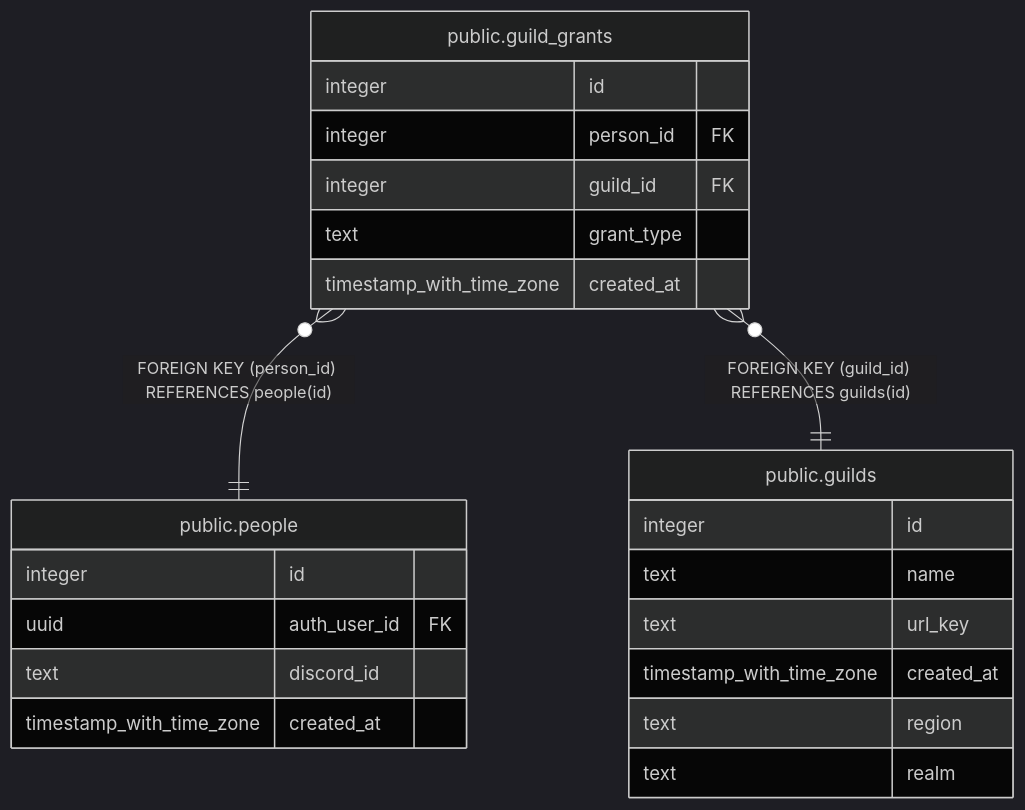
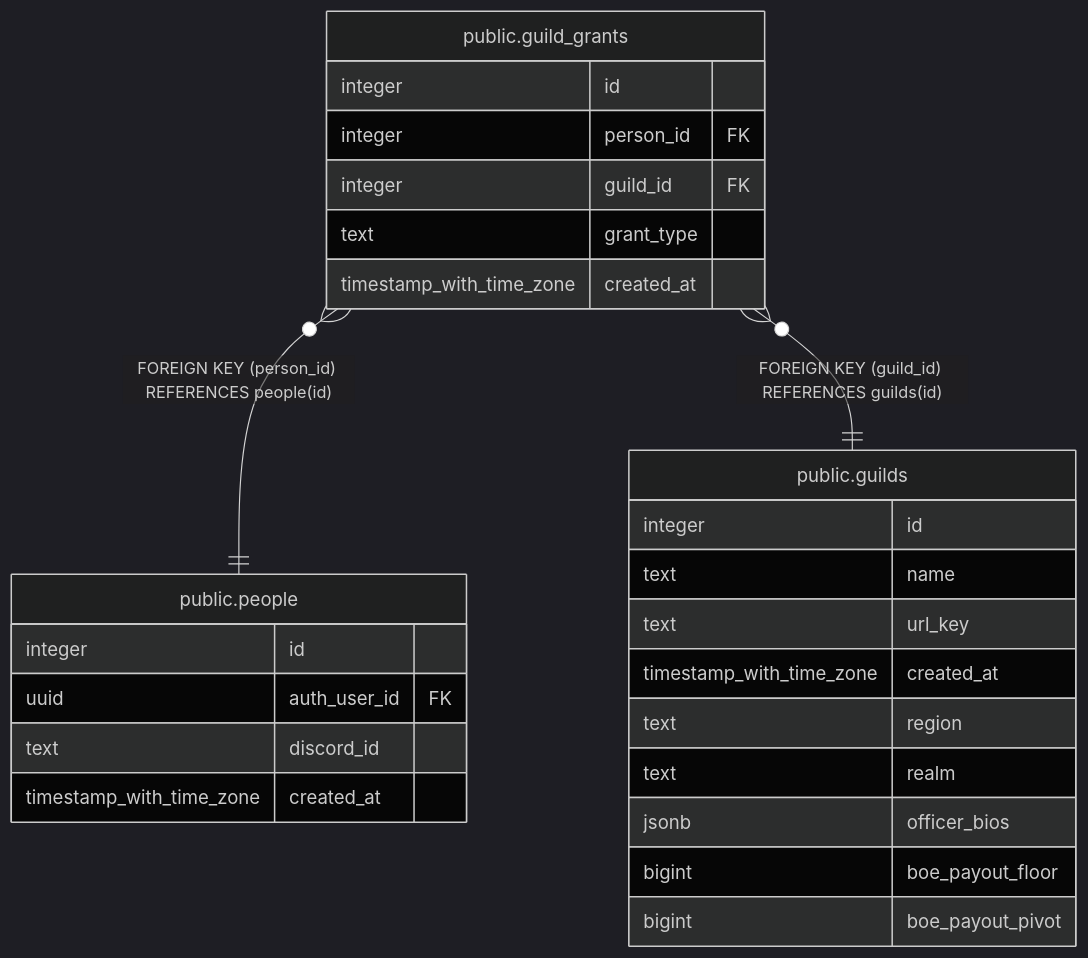
The diagram in dbdoc/public.guild_grants.md (katogaming88/WGA-Raid-Hub), drawn with Mermaid (dark theme) before and after one commit. The commit also changed 64 other files, not shown here.

````diff
--- a/dbdoc/public.guild_grants.md
+++ b/dbdoc/public.guild_grants.md
@@ -43,28 +43,31 @@
 ```mermaid
 erDiagram
 
 "public.guild_grants" }o--|| "public.people" : "FOREIGN KEY (person_id) REFERENCES people(id)"
 "public.guild_grants" }o--|| "public.guilds" : "FOREIGN KEY (guild_id) REFERENCES guilds(id)"
 
 "public.guild_grants" {
   integer id
   integer person_id FK
   integer guild_id FK
   text grant_type
   timestamp_with_time_zone created_at
 }
 "public.people" {
   integer id
   uuid auth_user_id FK
   text discord_id
   timestamp_with_time_zone created_at
 }
 "public.guilds" {
   integer id
   text name
   text url_key
   timestamp_with_time_zone created_at
   text region
   text realm
+  jsonb officer_bios
+  bigint boe_payout_floor
+  bigint boe_payout_pivot
 }
 ```
````
